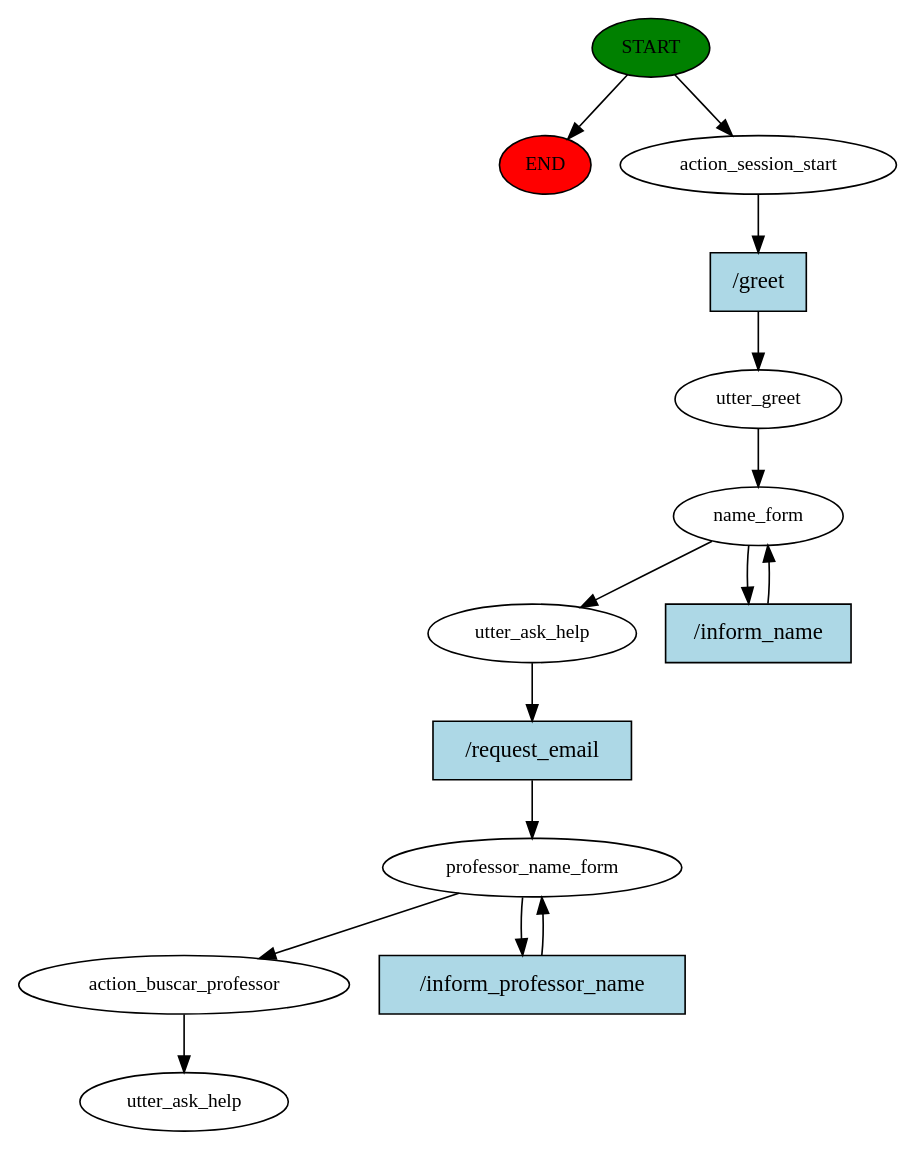
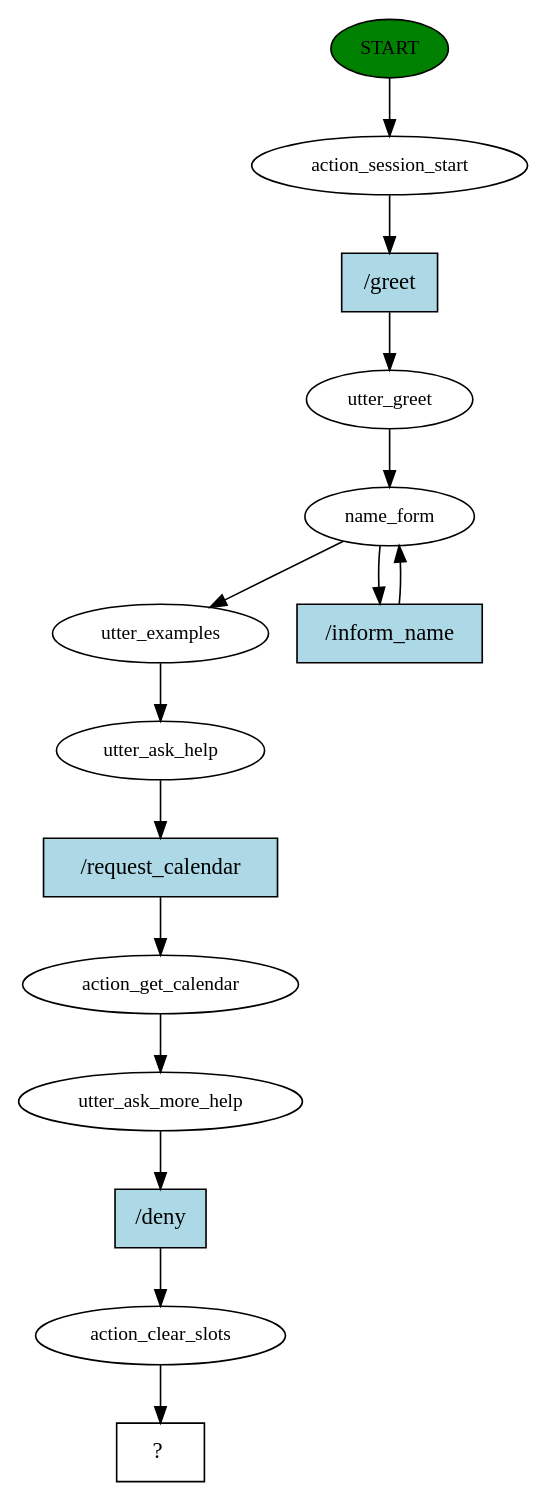
Before and after one commit to ofernandobarbosa/chatbot_IF: the diagram in story_graph.dot, drawn with Graphviz. The commit also changed 3 other files, not shown here.

```diff
--- a/story_graph.dot
+++ b/story_graph.dot
@@ -1,29 +1,30 @@
 digraph  {
 0 [class="start active", fillcolor=green, fontsize=12, label=START, style=filled];
-"-1" [class=end, fillcolor=red, fontsize=12, label=END, style=filled];
 1 [class=active, fontsize=12, label=action_session_start];
 2 [class=active, fontsize=12, label=utter_greet];
 3 [class=active, fontsize=12, label=name_form];
-5 [class=active, fontsize=12, label=utter_ask_help];
-6 [class=active, fontsize=12, label=professor_name_form];
-8 [class=active, fontsize=12, label=action_buscar_professor];
-9 [class="dashed active", fontsize=12, label=utter_ask_help];
-10 [class="intent active", fillcolor=lightblue, label="/greet", shape=rect, style=filled];
-11 [class="intent active", fillcolor=lightblue, label="/inform_name", shape=rect, style=filled];
-12 [class="intent active", fillcolor=lightblue, label="/request_email", shape=rect, style=filled];
-13 [class="intent active", fillcolor=lightblue, label="/inform_professor_name", shape=rect, style=filled];
-0 -> "-1"  [class="", key=NONE, label=""];
+5 [class=active, fontsize=12, label=utter_examples];
+6 [class=active, fontsize=12, label=utter_ask_help];
+7 [class=active, fontsize=12, label=action_get_calendar];
+8 [class=active, fontsize=12, label=utter_ask_more_help];
+9 [class=active, fontsize=12, label=action_clear_slots];
+10 [class="intent dashed active", label="  ?  ", shape=rect];
+11 [class="intent active", fillcolor=lightblue, label="/greet", shape=rect, style=filled];
+12 [class="intent active", fillcolor=lightblue, label="/inform_name", shape=rect, style=filled];
+13 [class="intent active", fillcolor=lightblue, label="/request_calendar", shape=rect, style=filled];
+14 [class="intent active", fillcolor=lightblue, label="/deny", shape=rect, style=filled];
 0 -> 1  [class=active, key=NONE, label=""];
-1 -> 10  [class=active, key=0];
+1 -> 11  [class=active, key=0];
 2 -> 3  [class=active, key=NONE, label=""];
 3 -> 5  [class=active, key=NONE, label=""];
-3 -> 11  [class=active, key=0];
-5 -> 12  [class=active, key=0];
-6 -> 8  [class=active, key=NONE, label=""];
+3 -> 12  [class=active, key=0];
+5 -> 6  [class=active, key=NONE, label=""];
 6 -> 13  [class=active, key=0];
-8 -> 9  [class=active, key=NONE, label=""];
-10 -> 2  [class=active, key=0];
-11 -> 3  [class=active, key=0];
-12 -> 6  [class=active, key=0];
-13 -> 6  [class=active, key=0];
+7 -> 8  [class=active, key=NONE, label=""];
+8 -> 14  [class=active, key=0];
+9 -> 10  [class=active, key=NONE, label=""];
+11 -> 2  [class=active, key=0];
+12 -> 3  [class=active, key=0];
+13 -> 7  [class=active, key=0];
+14 -> 9  [class=active, key=0];
 }
```
